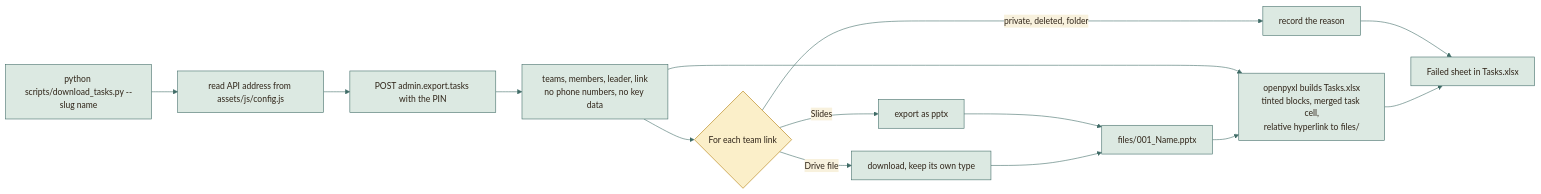
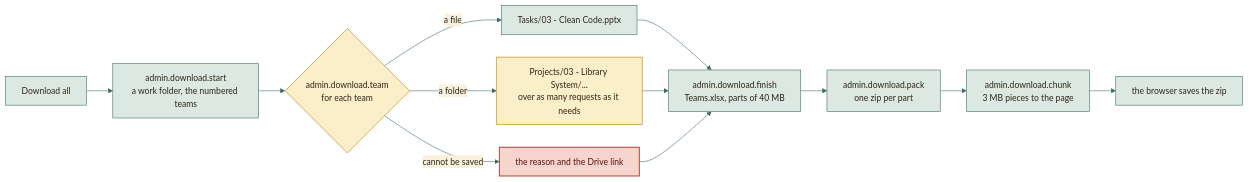
Diagram 12 of 12 in docs/architecture/ARCHITECTURE.md (moyeh04/forms-platform), drawn with Mermaid before and after one commit. The commit also changed other lines of this file and 6 other files, not shown here.

First line of the commit message:
docs: Describe Download all and the task deadline lock

````diff
--- a/docs/architecture/ARCHITECTURE.md
+++ b/docs/architecture/ARCHITECTURE.md
@@ -756,45 +811,45 @@
 ```mermaid
 %%{init: {
   'theme': 'base',
   'themeVariables': {
     'fontFamily': 'ui-sans-serif, system-ui, -apple-system, Segoe UI, Roboto, sans-serif',
     'fontSize': '15px',
     'primaryColor': '#DCE9E2', 'primaryBorderColor': '#3F6B66', 'primaryTextColor': '#2F2418',
     'secondaryColor': '#F0E4C8', 'secondaryBorderColor': '#C9A24A', 'secondaryTextColor': '#2F2418',
     'tertiaryColor': '#F6EFDC', 'tertiaryBorderColor': '#CDBB94', 'tertiaryTextColor': '#2F2418',
     'lineColor': '#3F6B66', 'textColor': '#2F2418', 'mainBkg': '#DCE9E2', 'nodeBorder': '#3F6B66',
     'clusterBkg': '#F6EFDC', 'clusterBorder': '#CDBB94', 'titleColor': '#2F2418',
     'edgeLabelBackground': '#F8F1DD',
     'actorBkg': '#DCE9E2', 'actorBorder': '#3F6B66', 'actorTextColor': '#2F2418', 'actorLineColor': '#8FB3AB',
     'signalColor': '#477A73', 'signalTextColor': '#477A73',
     'labelBoxBkgColor': '#F0E4C8', 'labelBoxBorderColor': '#C9A24A', 'labelTextColor': '#2F2418', 'loopTextColor': '#6A5A44',
     'noteBkgColor': '#FBEFC9', 'noteBorderColor': '#C9A24A', 'noteTextColor': '#2F2418',
     'activationBkgColor': '#DCE9E2', 'activationBorderColor': '#3F6B66', 'sequenceNumberColor': '#F8F1DD',
     'transitionColor': '#3F6B66', 'stateLabelColor': '#2F2418', 'stateBkg': '#DCE9E2', 'altBackground': '#F6EFDC',
     'attributeBackgroundColorOdd': '#F8F1DD', 'attributeBackgroundColorEven': '#F0E4C8'
   },
   'flowchart': {'curve': 'basis', 'padding': 14, 'nodeSpacing': 40, 'rankSpacing': 46},
   'sequence': {'mirrorActors': false, 'messageMargin': 34, 'boxMargin': 8}
 }}%%
 flowchart LR
-    A["python scripts/download_tasks.py --slug name"] --> B["read API address from assets/js/config.js"]
-    B --> C["POST admin.export.tasks with the PIN"]
-    C --> D["teams, members, leader, link<br/>no phone numbers, no key data"]
-    D --> E{"For each team link"}
-    E -- "Slides" --> F["export as pptx"]
-    E -- "Drive file" --> G["download, keep its own type"]
-    E -- "private, deleted, folder" --> H["record the reason"]
-    F --> I["files/001_Name.pptx"]
-    G --> I
-    D --> J["openpyxl builds Tasks.xlsx<br/>tinted blocks, merged task cell,<br/>relative hyperlink to files/"]
-    I --> J
-    H --> K["Failed sheet in Tasks.xlsx"]
-    J --> K
+    A["Download all"] --> B["admin.download.start<br/>a work folder, the numbered teams"]
+    B --> C{"admin.download.team<br/>for each team"}
+    C -- "a file" --> D["Tasks/03 - Clean Code.pptx"]
+    C -- "a folder" --> E["Projects/03 - Library System/...<br/>over as many requests as it needs"]
+    C -- "cannot be saved" --> F["the reason and the Drive link"]
+    D --> G["admin.download.finish<br/>Teams.xlsx, parts of 40 MB"]
+    E --> G
+    F --> G
+    G --> H["admin.download.pack<br/>one zip per part"]
+    H --> I["admin.download.chunk<br/>3 MB pieces to the page"]
+    I --> J["the browser saves the zip"]
     classDef cDb fill:#F3E2B3,stroke:#B8892D,stroke-width:1.5px,color:#2F2418
     classDef cActor fill:#F4D9D3,stroke:#9A3328,stroke-width:1.5px,color:#2F2418
     classDef cDec fill:#FBEFC9,stroke:#C9A24A,stroke-width:1.5px,color:#2F2418
     classDef cEnd fill:#2F2418,stroke:#2F2418,color:#F8F1DD
     classDef cErr fill:#F6D5CF,stroke:#A12B1F,stroke-width:1.5px,color:#5A140C
     classDef cOk fill:#BFD9CF,stroke:#2E5A55,stroke-width:1.5px,color:#17302D
     class E cDec
+    class C cDec
+    class F cErr
 ```
````
